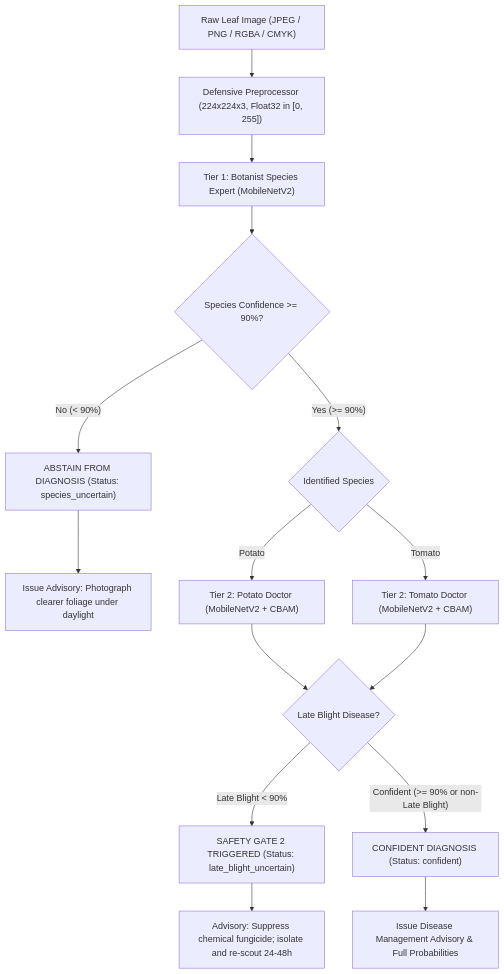
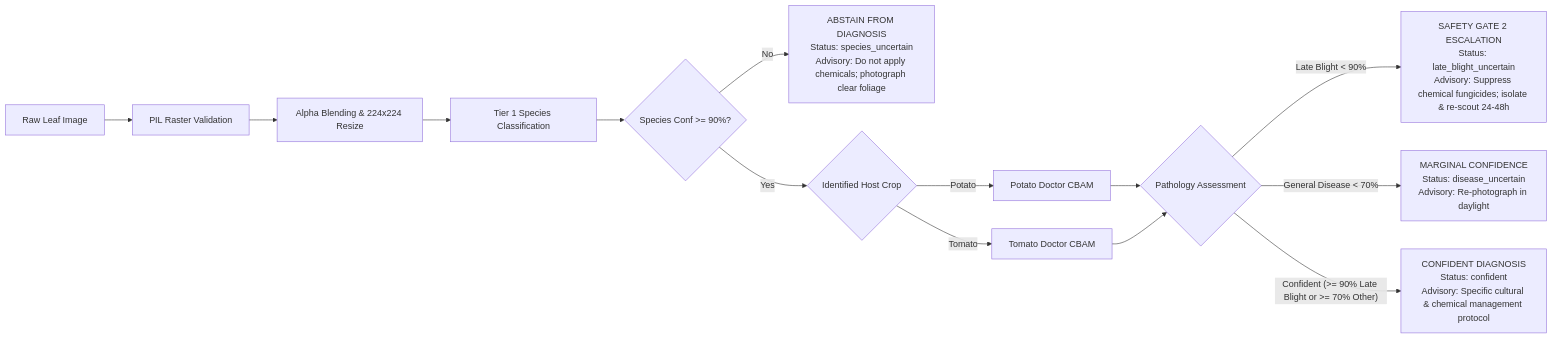
The second of 2 diagrams in README.md (ranitadhikari2023/plant-disease-detection), drawn with Mermaid before and after one commit. The commit also changed other lines of this file and 93 other files, not shown here.

````diff
--- a/README.md
+++ b/README.md
@@ -49,17 +169,20 @@
 ```mermaid
-flowchart TD
-    A["Raw Leaf Image (JPEG / PNG / RGBA / CMYK)"] --> B["Defensive Preprocessor (224x224x3, Float32 in [0, 255])"]
-    B --> C["Tier 1: Botanist Species Expert (MobileNetV2)"]
-    C --> D{"Species Confidence >= 90%?"}
-    D -- "No (< 90%)" --> E["ABSTAIN FROM DIAGNOSIS (Status: species_uncertain)"]
-    E --> F["Issue Advisory: Photograph clearer foliage under daylight"]
-    D -- "Yes (>= 90%)" --> G{"Identified Species"}
-    G -- "Potato" --> H["Tier 2: Potato Doctor (MobileNetV2 + CBAM)"]
-    G -- "Tomato" --> I["Tier 2: Tomato Doctor (MobileNetV2 + CBAM)"]
-    H --> J{"Late Blight Disease?"}
+flowchart LR
+    A["Raw Leaf Image"] --> B["PIL Raster Validation"]
+    B --> C["Alpha Blending & 224x224 Resize"]
+    C --> D["Tier 1 Species Classification"]
+    D --> E{"Species Conf >= 90%?"}
+    
+    E -- "No" --> F["ABSTAIN FROM DIAGNOSIS<br/>Status: species_uncertain<br/>Advisory: Do not apply chemicals; photograph clear foliage"]
+    
+    E -- "Yes" --> G{"Identified Host Crop"}
+    G -- "Potato" --> H["Potato Doctor CBAM"]
+    G -- "Tomato" --> I["Tomato Doctor CBAM"]
+    
+    H --> J{"Pathology Assessment"}
     I --> J
-    J -- "Late Blight < 90%" --> K["SAFETY GATE 2 TRIGGERED (Status: late_blight_uncertain)"]
-    K --> L["Advisory: Suppress chemical fungicide; isolate and re-scout 24-48h"]
-    J -- "Confident (>= 90% or non-Late Blight)" --> M["CONFIDENT DIAGNOSIS (Status: confident)"]
-    M --> N["Issue Disease Management Advisory & Full Probabilities"]
+    
+    J -- "Late Blight < 90%" --> K["SAFETY GATE 2 ESCALATION<br/>Status: late_blight_uncertain<br/>Advisory: Suppress chemical fungicides; isolate & re-scout 24-48h"]
+    J -- "General Disease < 70%" --> L["MARGINAL CONFIDENCE<br/>Status: disease_uncertain<br/>Advisory: Re-photograph in daylight"]
+    J -- "Confident (>= 90% Late Blight or >= 70% Other)" --> M["CONFIDENT DIAGNOSIS<br/>Status: confident<br/>Advisory: Specific cultural & chemical management protocol"]
 ```
````
